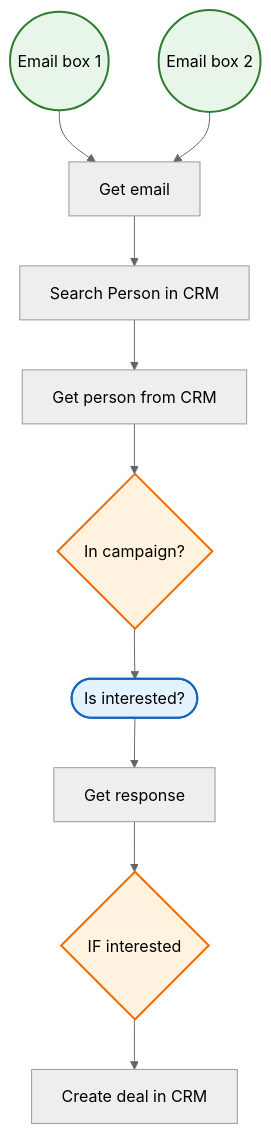
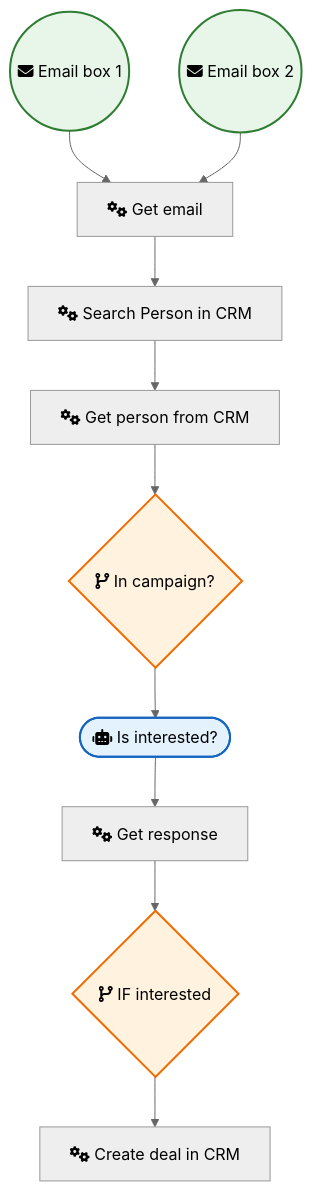
Before and after one commit to sreyash3105/N8N-DEMO-AUTOMATIONS: the diagram in Other_Integrations_and_Use_Cases/Qualify replies from Pipedrive persons with AI.md, drawn with Mermaid (neutral theme). The commit also changed 291 other files, not shown here.

````diff
--- a/Other_Integrations_and_Use_Cases/Qualify replies from Pipedrive persons with AI.md
+++ b/Other_Integrations_and_Use_Cases/Qualify replies from Pipedrive persons with AI.md
@@ -1,27 +1,27 @@
 ```mermaid
 graph TD
     classDef trigger fill:#e8f5e9,stroke:#2e7d32,stroke-width:2px;
     classDef ai fill:#e3f2fd,stroke:#1565c0,stroke-width:2px;
     classDef logic fill:#fff3e0,stroke:#ef6c00,stroke-width:2px;
 
-    Search_Person_in_CRM["Search Person in CRM"]
-    In_campaign_{"In campaign?"}:::logic
-    Get_person_from_CRM["Get person from CRM"]
-    Is_interested_(["Is interested?"]):::ai
-    Get_email["Get email"]
-    Create_deal_in_CRM["Create deal in CRM"]
-    IF_interested{"IF interested"}:::logic
-    Get_response["Get response"]
-    Email_box_1(("Email box 1")):::trigger
-    Email_box_2(("Email box 2")):::trigger
+    Search_Person_in_CRM["fas:fa-cogs Search Person in CRM"]
+    In_campaign_{"fas:fa-code-branch In campaign?"}:::logic
+    Get_person_from_CRM["fas:fa-cogs Get person from CRM"]
+    Is_interested_(["fas:fa-robot Is interested?"]):::ai
+    Get_email["fas:fa-cogs Get email"]
+    Create_deal_in_CRM["fas:fa-cogs Create deal in CRM"]
+    IF_interested{"fas:fa-code-branch IF interested"}:::logic
+    Get_response["fas:fa-cogs Get response"]
+    Email_box_1(("fas:fa-envelope Email box 1")):::trigger
+    Email_box_2(("fas:fa-envelope Email box 2")):::trigger
 
     Get_email --> Search_Person_in_CRM
     Email_box_1 --> Get_email
     Email_box_2 --> Get_email
     Get_response --> IF_interested
     In_campaign_ --> Is_interested_
     IF_interested --> Create_deal_in_CRM
     Is_interested_ --> Get_response
     Get_person_from_CRM --> In_campaign_
     Search_Person_in_CRM --> Get_person_from_CRM
 ```
````
